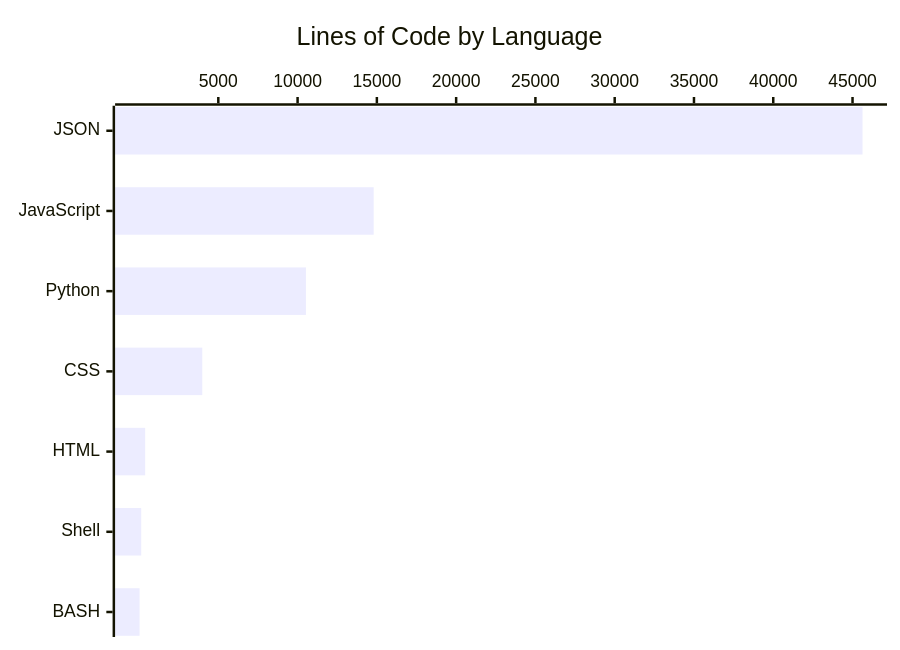
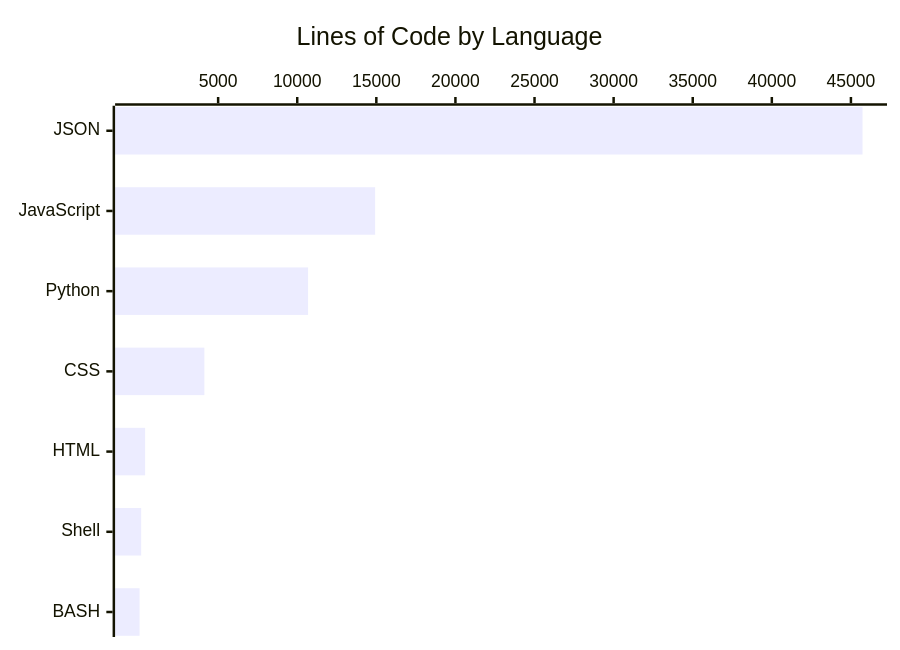
Before and after one commit to ibenian/algebench: the diagram in LOC-REPORT.md, drawn with Mermaid. The commit also changed other lines of this file, not shown here.

````diff
--- a/LOC-REPORT.md
+++ b/LOC-REPORT.md
@@ -16,6 +16,6 @@
 ```mermaid
 xychart-beta horizontal
   title "Lines of Code by Language"
   x-axis ["JSON", "JavaScript", "Python", "CSS", "HTML", "Shell", "BASH"]
-  bar [45631, 14798, 10527, 3989, 386, 137, 33]
+  bar [45734, 14925, 10686, 4129, 386, 137, 33]
 ```
````
